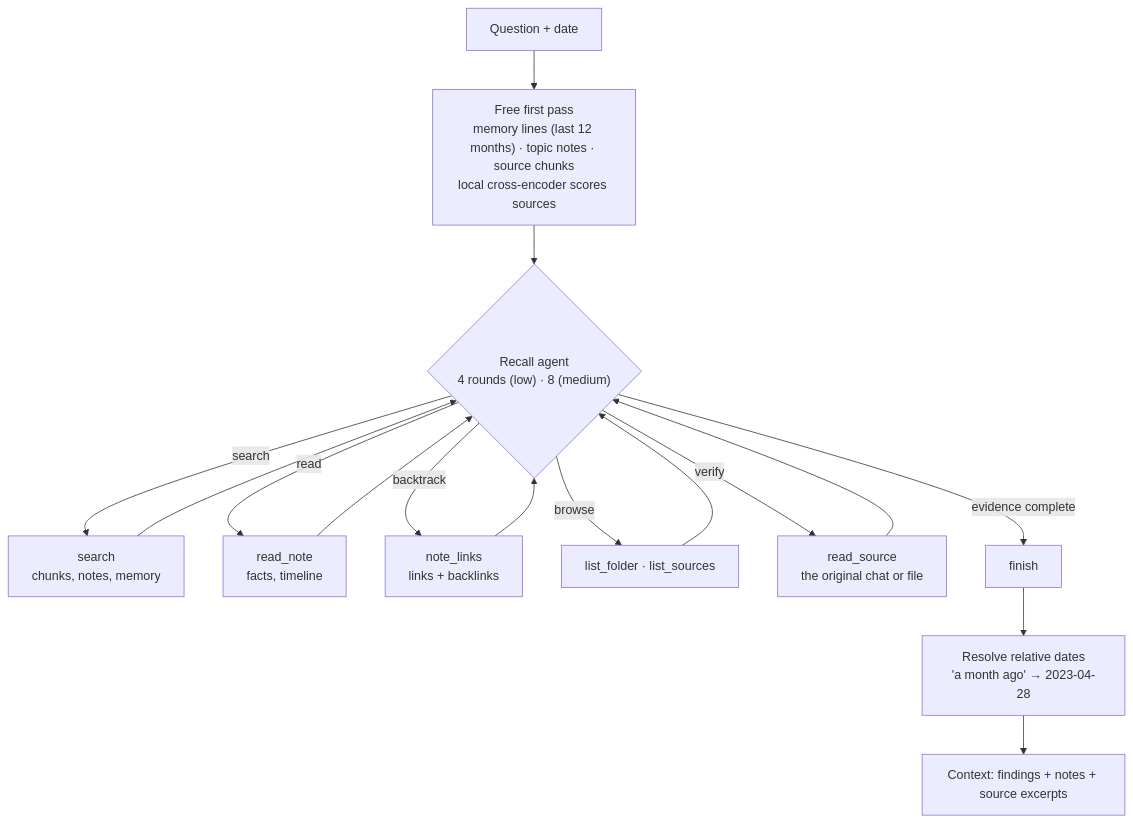
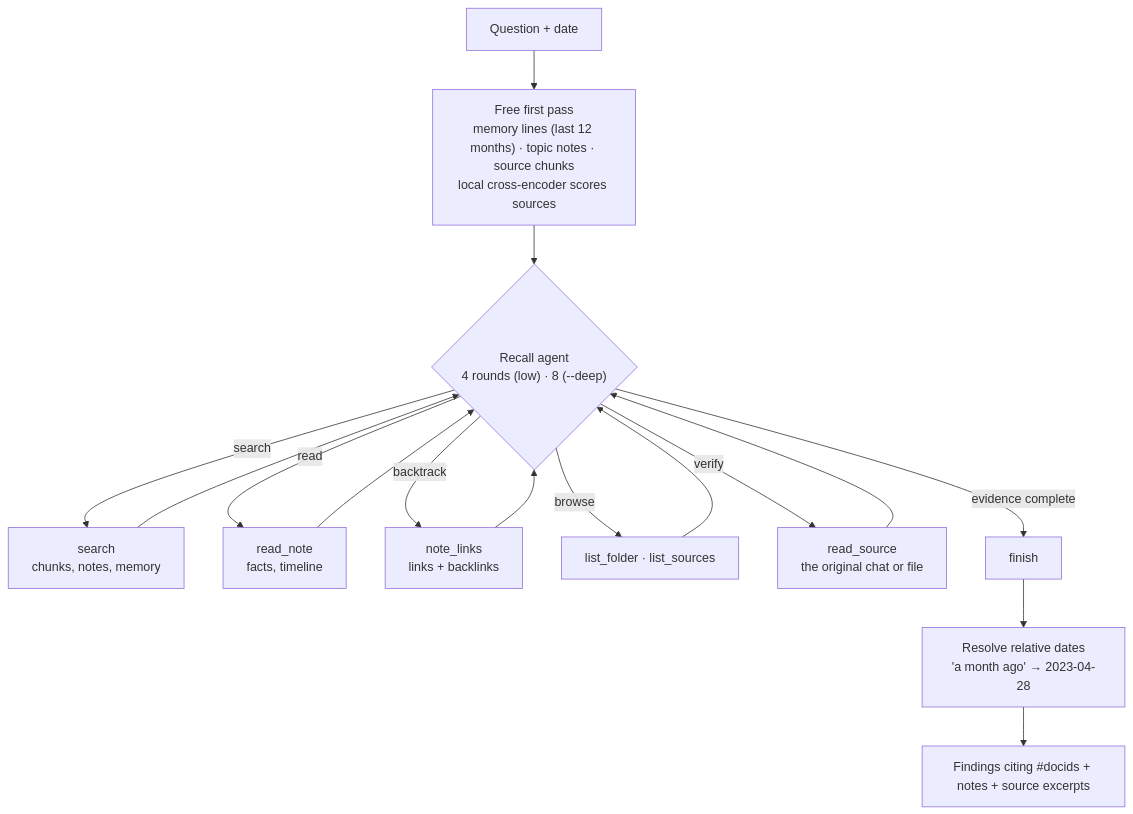
The third of 5 diagrams in README.md (kushalsinha/kormem), drawn with Mermaid before and after one commit. The commit also changed other lines of this file and 47 other files, not shown here.

````diff
--- a/README.md
+++ b/README.md
@@ -90,14 +243,14 @@
 ```mermaid
 flowchart TB
   Q["Question + date"] --> FP["Free first pass<br/>memory lines (last 12 months) · topic notes · source chunks<br/>local cross-encoder scores sources"]
-  FP --> AG{"Recall agent<br/>4 rounds (low) · 8 (medium)"}
+  FP --> AG{"Recall agent<br/>4 rounds (low) · 8 (--deep)"}
   AG -->|search| T1["search<br/>chunks, notes, memory"]
   AG -->|read| T2["read_note<br/>facts, timeline"]
   AG -->|backtrack| T3["note_links<br/>links + backlinks"]
   AG -->|browse| T4["list_folder · list_sources"]
   AG -->|verify| T5["read_source<br/>the original chat or file"]
   T1 & T2 & T3 & T4 & T5 --> AG
   AG -->|evidence complete| F["finish"]
   F --> TR["Resolve relative dates<br/>'a month ago' → 2023-04-28"]
-  TR --> OUT["Context: findings + notes + source excerpts"]
+  TR --> OUT["Findings citing #docids + notes + source excerpts"]
 ```
````
